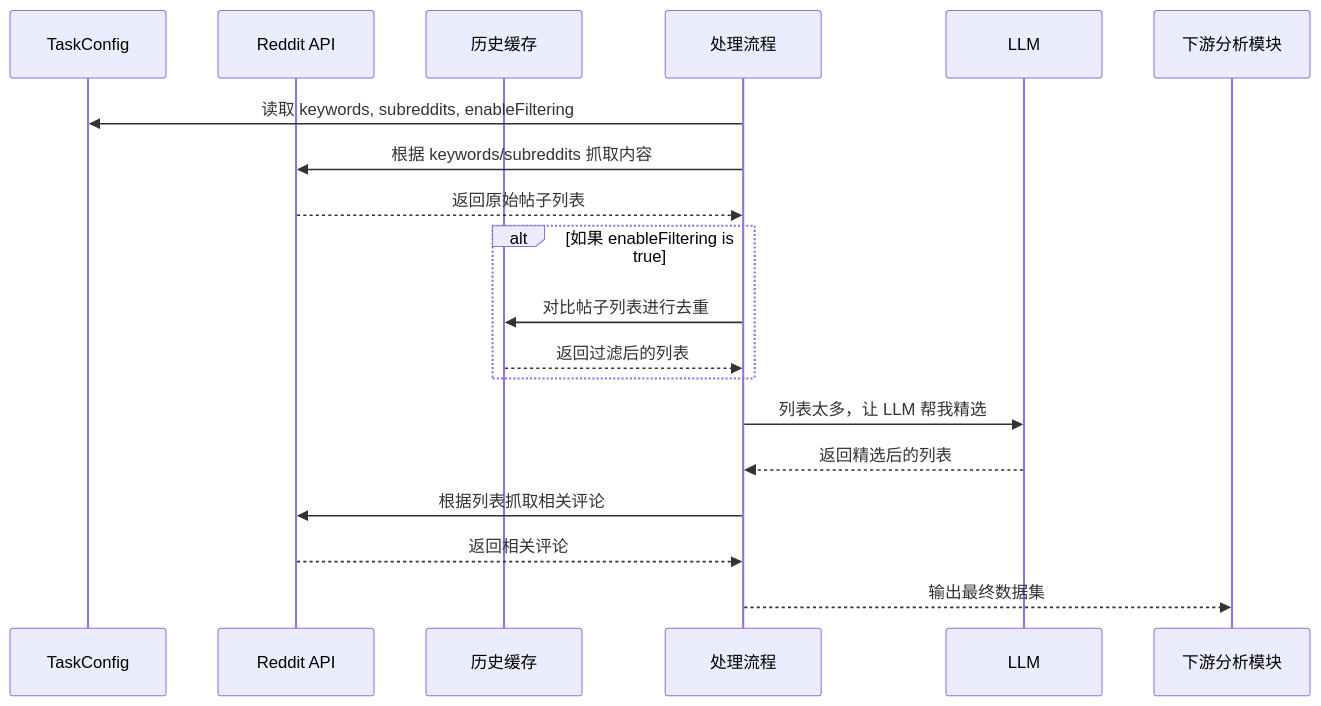
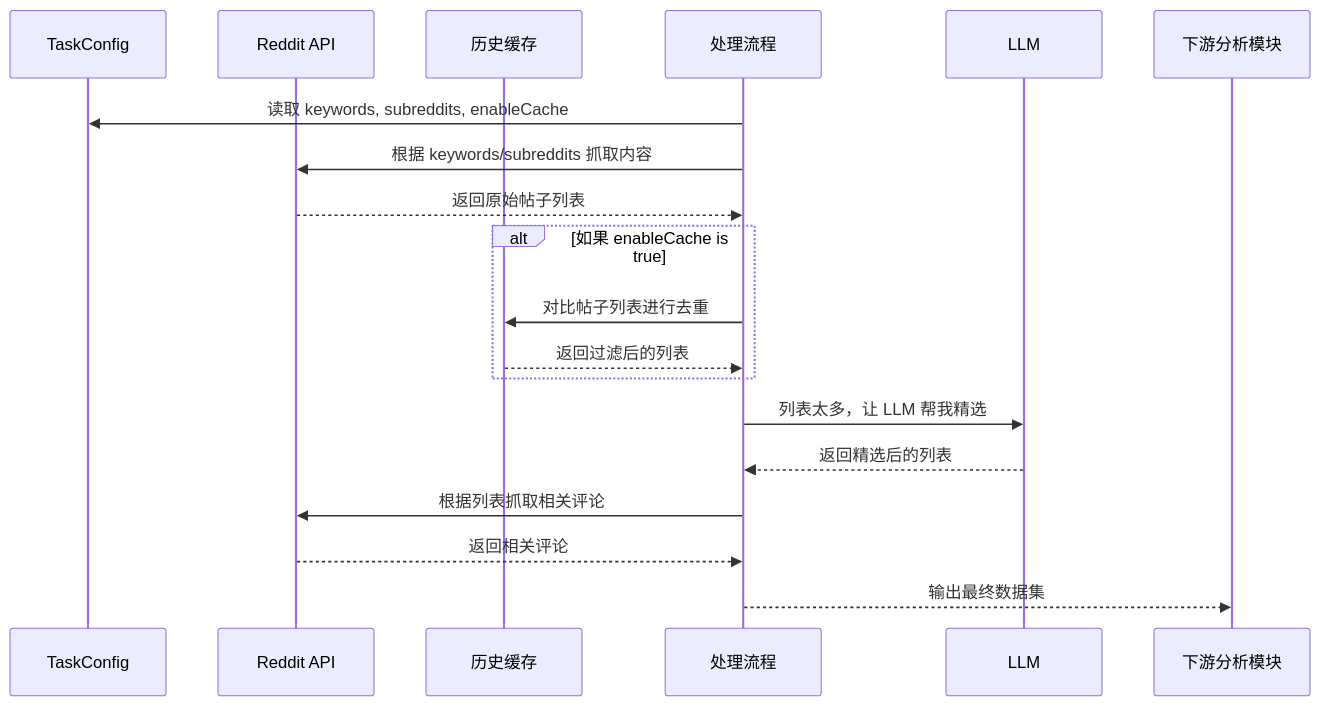
One commit to JinJieBeWater/redgent changed the third of 4 diagrams in README.md. Above: the diagram before and after it, drawn with Mermaid. The commit also changed other lines of this file and 17 other files, not shown here.

````diff
--- a/README.md
+++ b/README.md
@@ -111,22 +111,22 @@
 ```mermaid
 sequenceDiagram
     participant TC as TaskConfig
     participant Reddit as Reddit API
     participant Cache as 历史缓存
     participant P as 处理流程
     participant LLM as LLM
 
 
-    P->>TC: 读取 keywords, subreddits, enableFiltering
+    P->>TC: 读取 keywords, subreddits, enableCache
     P->>Reddit: 根据 keywords/subreddits 抓取内容
     Reddit-->>P: 返回原始帖子列表
-    alt 如果 enableFiltering is true
+    alt 如果 enableCache is true
         P->>Cache: 对比帖子列表进行去重
         Cache-->>P: 返回过滤后的列表
     end
     P->>LLM: 列表太多，让 LLM 帮我精选
     LLM-->>P: 返回精选后的列表
     P->>Reddit: 根据列表抓取相关评论
     Reddit-->>P: 返回相关评论
     P-->>下游分析模块: 输出最终数据集
 ```
````
